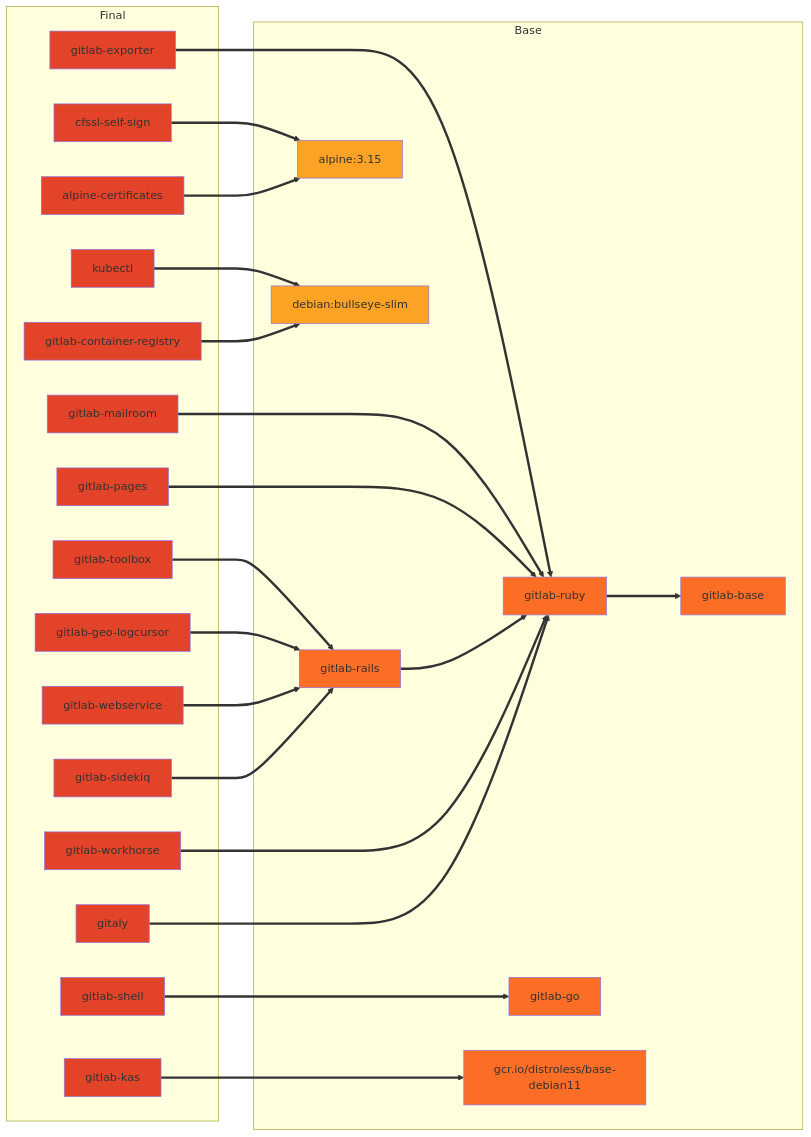
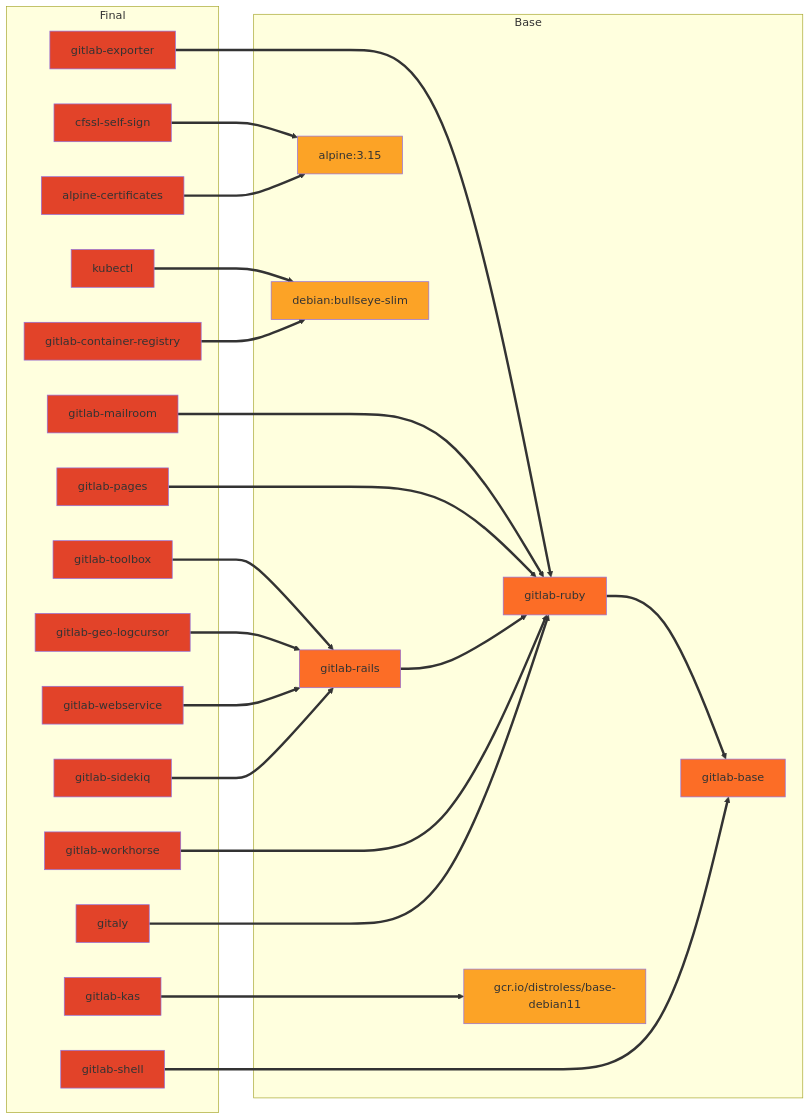
One commit to tachyons/gitlab-pages changed the first of 2 diagrams in docs/build.md. Above: the diagram before and after it, drawn with Mermaid. The commit also changed other lines of this file and 7 other files, not shown here.

Commit message:
Remove Ruby and other excess content from gitlab-shell image

````diff
--- a/docs/build.md
+++ b/docs/build.md
@@ -185,56 +185,55 @@
 ```mermaid
 graph LR;
   subgraph Final
     gitlab-toolbox:::final
     gitlab-webservice:::final
     gitlab-workhorse:::final
     gitlab-sidekiq:::final
     gitlab-geo-logcursor:::final
     gitlab-exporter:::final
     gitlab-mailroom:::final
     gitlab-shell:::final
     gitlab-pages:::final
     gitaly:::final
     gitlab-kas:::final
     kubectl:::final
     gitlab-container-registry:::final
     alpine-certificates:::final
     cfssl-self-sign:::final
   end
 
   subgraph Base
     gitlab-base
     gitlab-ruby==>gitlab-base;
     gitlab-rails
-    gitlab-go
     alpine[alpine:3.15]:::external;
     debian[debian:bullseye-slim]:::external;
-    gcr.io/distroless/base-debian11
+    gcr.io/distroless/base-debian11:::external;
   end
 
   kubectl==>debian;
   cfssl-self-sign==>alpine;
   alpine-certificates==>alpine;
 
   gitlab-toolbox==>gitlab-rails;
   gitlab-geo-logcursor==>gitlab-rails;
   gitlab-webservice==>gitlab-rails;
   gitlab-sidekiq==>gitlab-rails;
 
   gitlab-exporter==>gitlab-ruby;
   gitlab-mailroom===>gitlab-ruby;
   gitlab-pages===>gitlab-ruby
   gitlab-rails==>gitlab-ruby;
   gitlab-workhorse===>gitlab-ruby
   gitaly===>gitlab-ruby;
 
-  gitlab-shell===>gitlab-go;
+  gitlab-shell===>gitlab-base;
 
   gitlab-container-registry==>debian
 
   gitlab-kas===>gcr.io/distroless/base-debian11;
 
   classDef default fill:#fc6d26;
   classDef external fill:#fca326;
   classDef final fill:#e24329;
 ```
````
